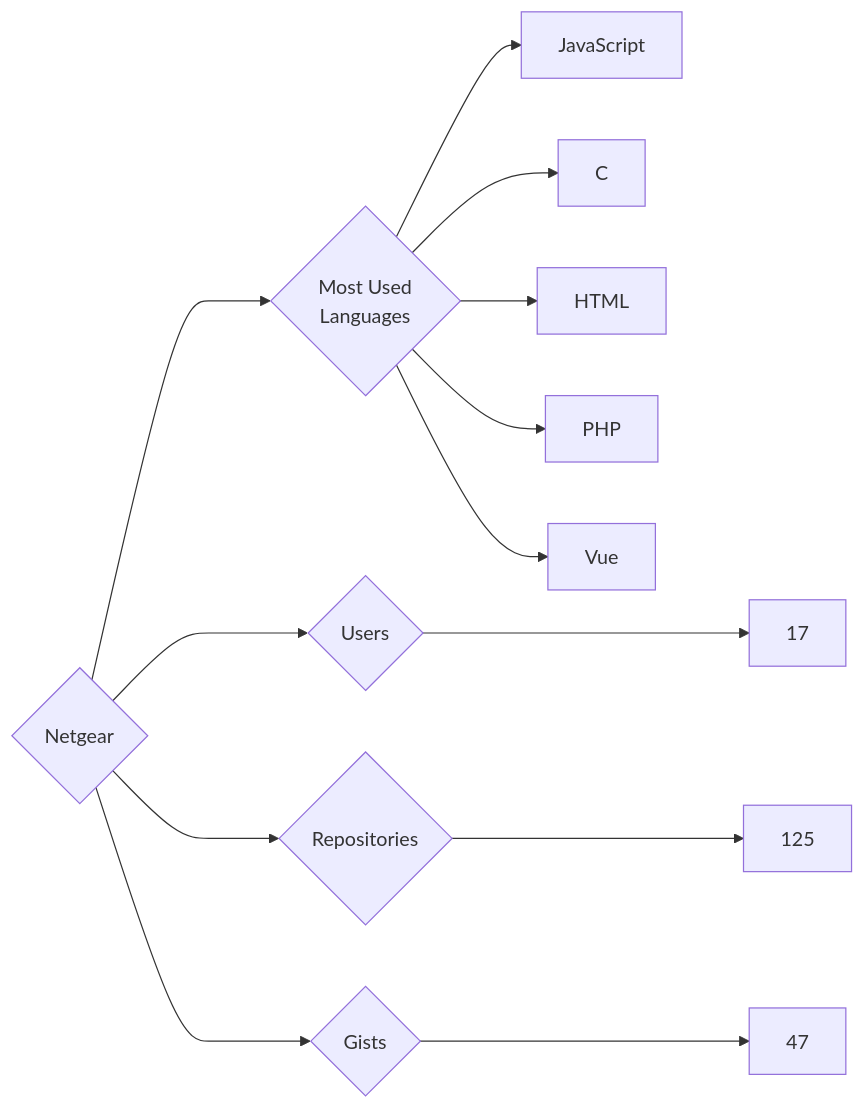
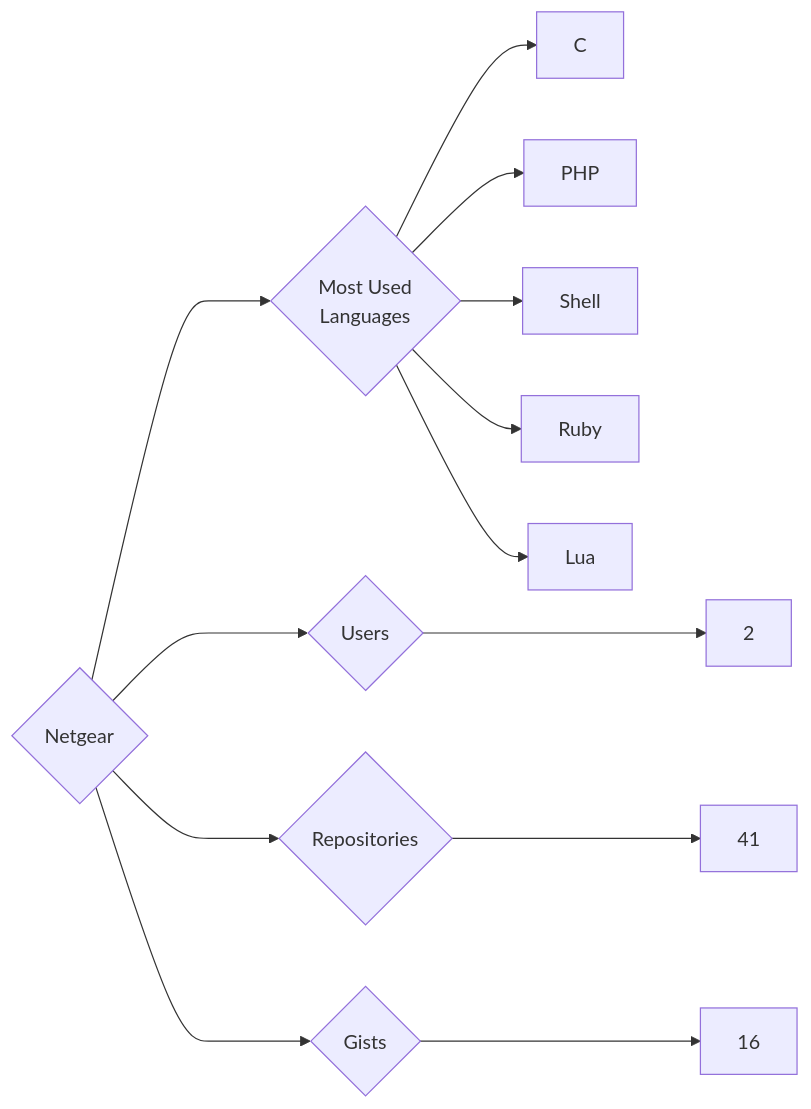
Before and after one commit to trickest/insiders: the diagram in targets/Netgear/README.md, drawn with Mermaid. The commit also changed 972 other files, not shown here.

````diff
--- a/targets/Netgear/README.md
+++ b/targets/Netgear/README.md
@@ -3,13 +3,13 @@
 ```mermaid
 graph LR
 COMPANY_NAME{Netgear}
-COMPANY_NAME ---> U{Users} ---> UN[17]
-COMPANY_NAME ---> R{Repositories} ---> RN[125]
-COMPANY_NAME ---> G{Gists} ---> GN[47]
+COMPANY_NAME ---> U{Users} ---> UN[2]
+COMPANY_NAME ---> R{Repositories} ---> RN[41]
+COMPANY_NAME ---> G{Gists} ---> GN[16]
 COMPANY_NAME ---> ML{Most Used<br>Languages}
-ML --> JavaScript[JavaScript]
 ML --> C[C]
-ML --> HTML[HTML]
 ML --> PHP[PHP]
-ML --> Vue[Vue]
+ML --> Shell[Shell]
+ML --> Ruby[Ruby]
+ML --> Lua[Lua]
 ```
````
